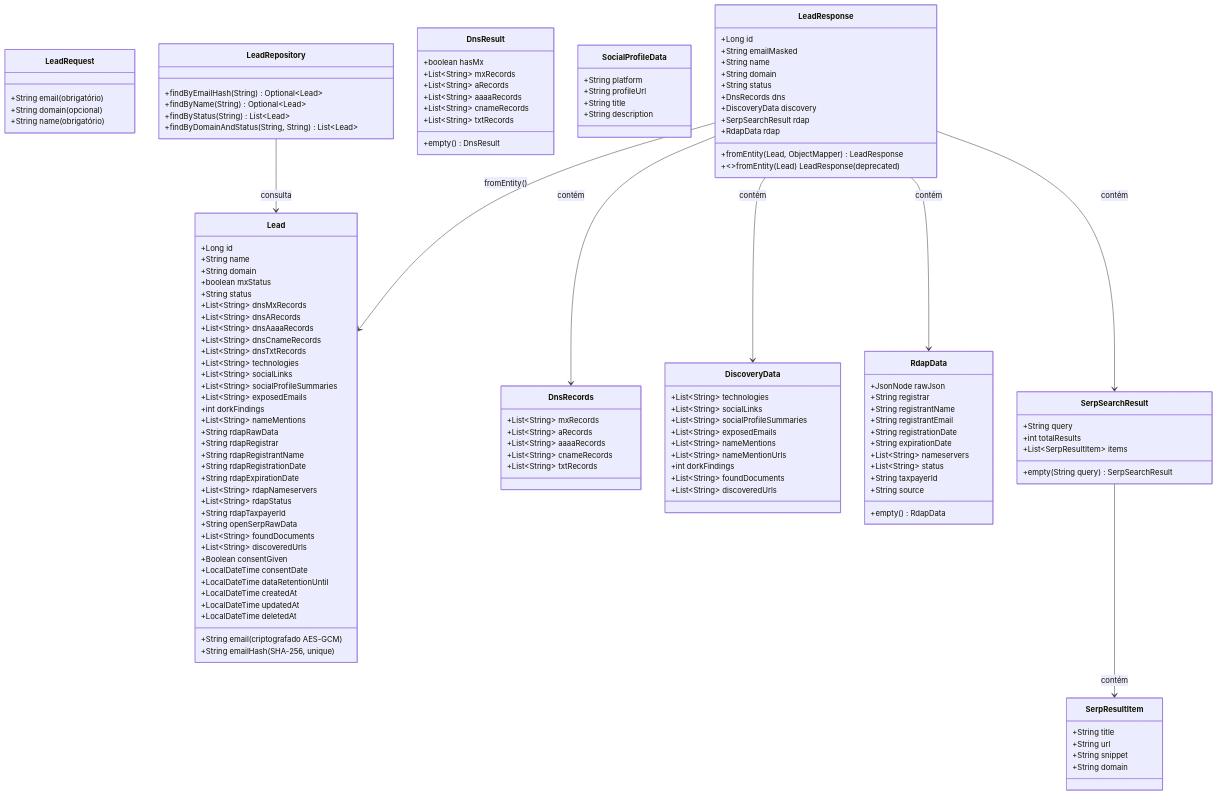
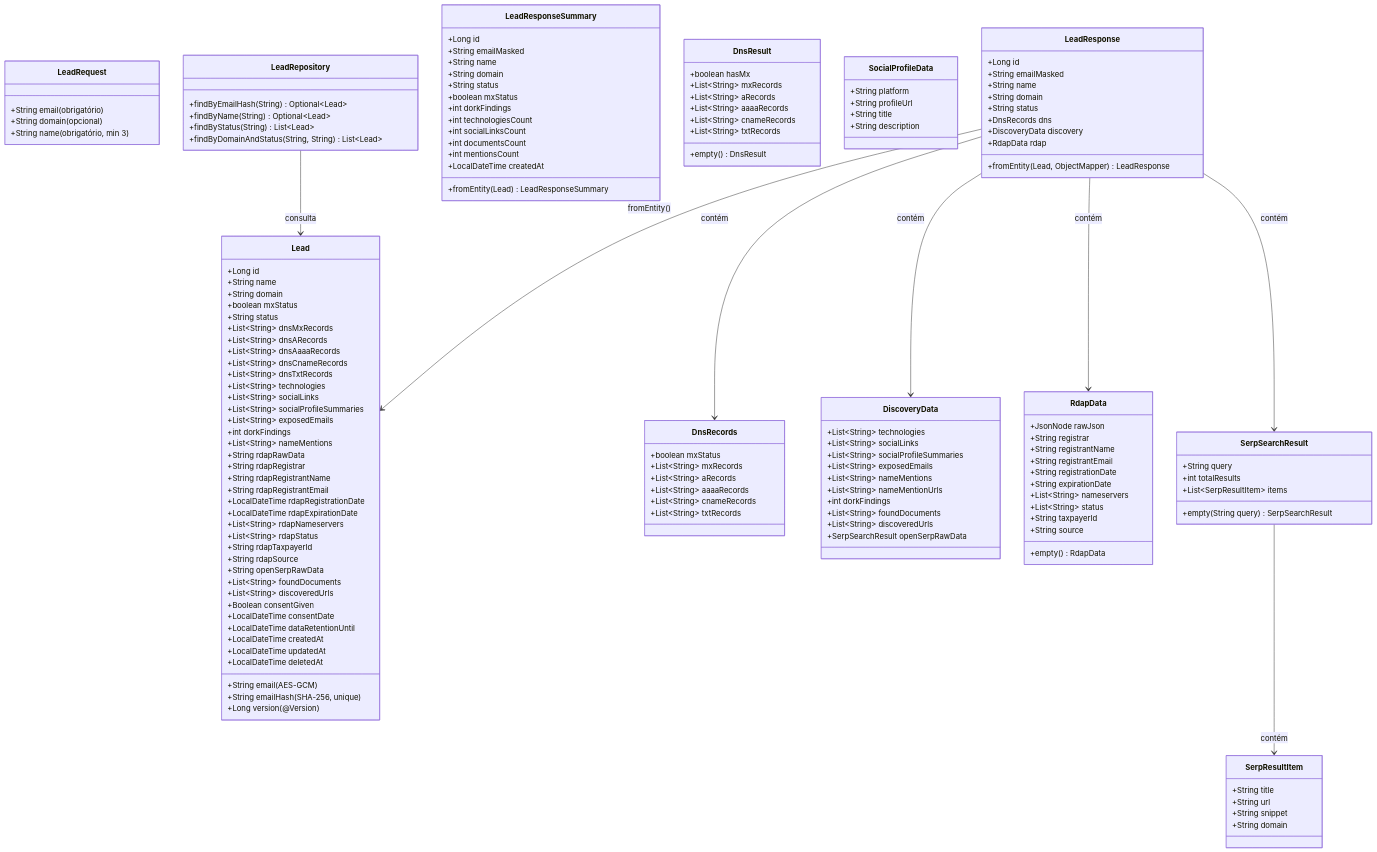
The second of 3 diagrams in docs/diagrams/mermaid-componentes-sequencia.md (pdrodavi/lead-enrichment-api), drawn with Mermaid before and after one commit. The commit also changed other lines of this file and 34 other files, not shown here.

```diff
--- a/docs/diagrams/mermaid-componentes-sequencia.md
+++ b/docs/diagrams/mermaid-componentes-sequencia.md
@@ -105,7 +115,7 @@
 classDiagram
     class Lead {
         +Long id
-        +String email (criptografado AES-GCM)
+        +String email (AES-GCM)
         +String emailHash (SHA-256, unique)
         +String name
         +String domain
@@ -125,11 +135,13 @@
         +String rdapRawData
         +String rdapRegistrar
         +String rdapRegistrantName
-        +String rdapRegistrationDate
-        +String rdapExpirationDate
+        +String rdapRegistrantEmail
+        +LocalDateTime rdapRegistrationDate
+        +LocalDateTime rdapExpirationDate
         +List~String~ rdapNameservers
         +List~String~ rdapStatus
         +String rdapTaxpayerId
+        +String rdapSource
         +String openSerpRawData
         +List~String~ foundDocuments
         +List~String~ discoveredUrls
@@ -139,12 +151,13 @@
         +LocalDateTime createdAt
         +LocalDateTime updatedAt
         +LocalDateTime deletedAt
+        +Long version (@Version)
     }
 
     class LeadRequest {
         +String email (obrigatório)
         +String domain (opcional)
-        +String name (obrigatório)
+        +String name (obrigatório, min 3)
     }
 
     class LeadResponse {
@@ -155,13 +168,28 @@
         +String status
         +DnsRecords dns
         +DiscoveryData discovery
-        +SerpSearchResult rdap
         +RdapData rdap
         +fromEntity(Lead, ObjectMapper) LeadResponse
-        +~~fromEntity(Lead) LeadResponse (deprecated)
+    }
+
+    class LeadResponseSummary {
+        +Long id
+        +String emailMasked
+        +String name
+        +String domain
+        +String status
+        +boolean mxStatus
+        +int dorkFindings
+        +int technologiesCount
+        +int socialLinksCount
+        +int documentsCount
+        +int mentionsCount
+        +LocalDateTime createdAt
+        +fromEntity(Lead) LeadResponseSummary
     }
 
     class DnsRecords {
+        +boolean mxStatus
         +List~String~ mxRecords
         +List~String~ aRecords
         +List~String~ aaaaRecords
@@ -179,6 +207,7 @@
         +int dorkFindings
         +List~String~ foundDocuments
         +List~String~ discoveredUrls
+        +SerpSearchResult openSerpRawData
     }
 
     class DnsResult {
```
